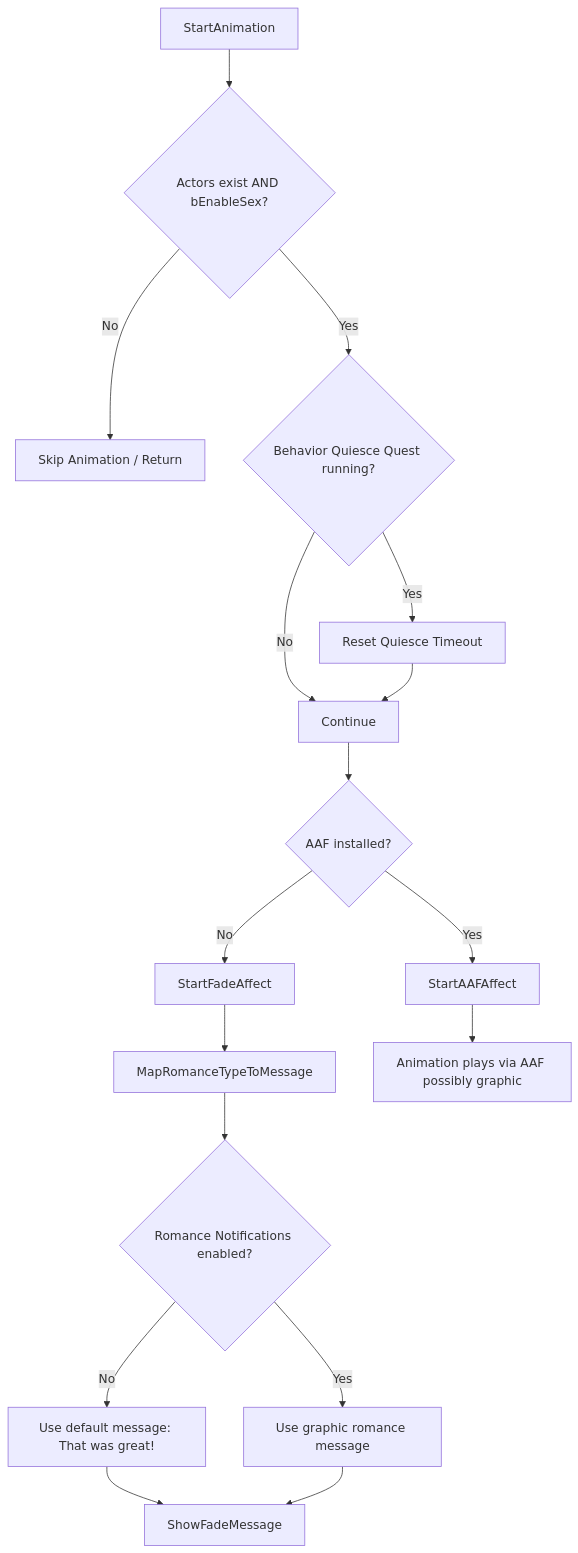
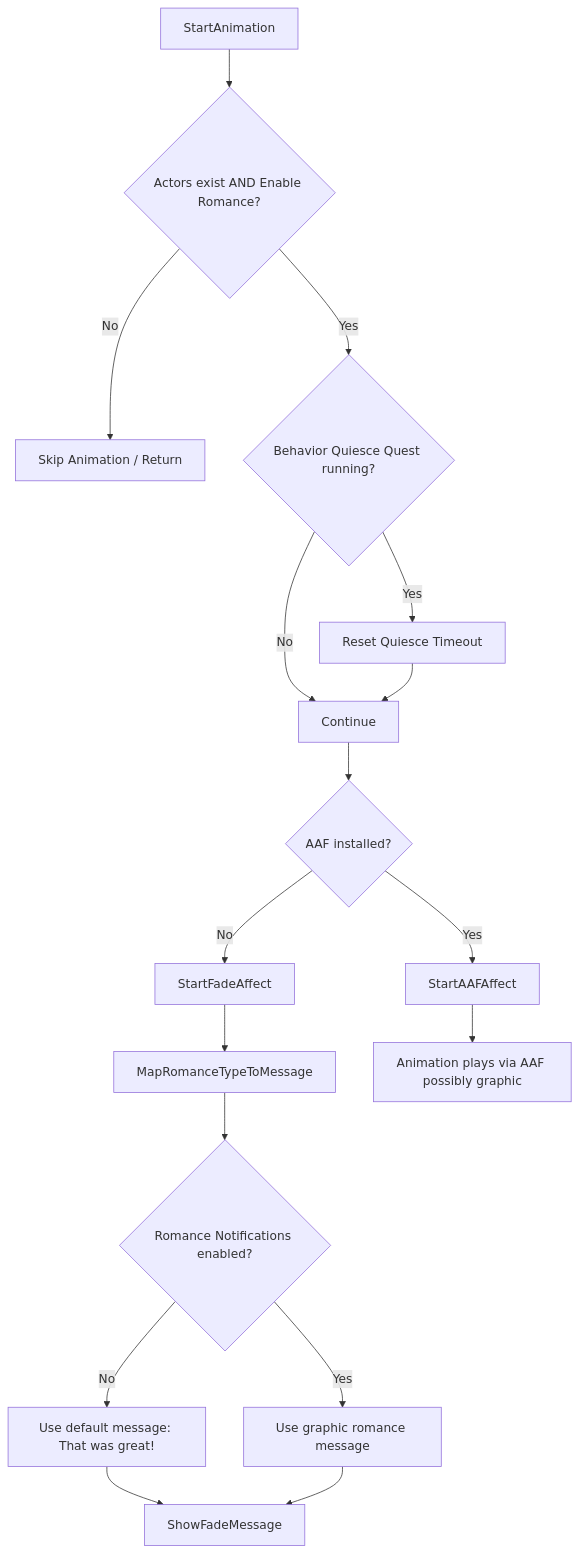
Before and after one commit to louisthird-git/Assimilation-Docs: the diagram in COMPLIANCE.md, drawn with Mermaid. The commit also changed other lines of this file, not shown here.

````diff
--- a/COMPLIANCE.md
+++ b/COMPLIANCE.md
@@ -17,19 +20,19 @@
 ```mermaid
 flowchart TD
-    A[StartAnimation] --> B{Actors exist AND bEnableSex?}
+    A[StartAnimation] --> B{Actors exist AND Enable Romance?}
     B -- No --> Z[Skip Animation / Return]
     B -- Yes --> C{Behavior Quiesce Quest running?}
     C -- Yes --> D[Reset Quiesce Timeout]
     C -- No --> E[Continue]
     D --> E
     E --> F{AAF installed?}
     F -- Yes --> G[StartAAFAffect]
     F -- No --> H[StartFadeAffect]
     H --> I[MapRomanceTypeToMessage]
     I --> J{Romance Notifications enabled?}
     J -- No --> K[Use default message: That was great!]
     J -- Yes --> L[Use graphic romance message]
     K --> M[ShowFadeMessage]
     L --> M
     G --> N[Animation plays via AAF possibly graphic]
 ```
````
